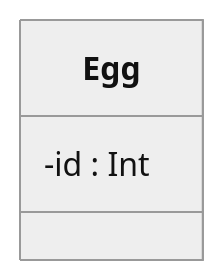
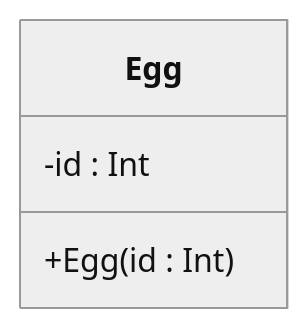
One commit to aehng/Lecture-Notes changed the second of 17 diagrams in Module3/UML.md. Above: the diagram before and after it, drawn with Mermaid (neutral theme). The commit also changed other lines of this file and 3 other files, not shown here.

Commit message:
Fix mistakes in UML diagrams. Let the bug hunt begin!

````diff
--- a/Module3/UML.md
+++ b/Module3/UML.md
@@ -97,7 +175,7 @@
 ```mermaid
 classDiagram
-direction LR
 class Egg {
+    +Egg(id : Int)
     -id : Int
 }
 ```
````
